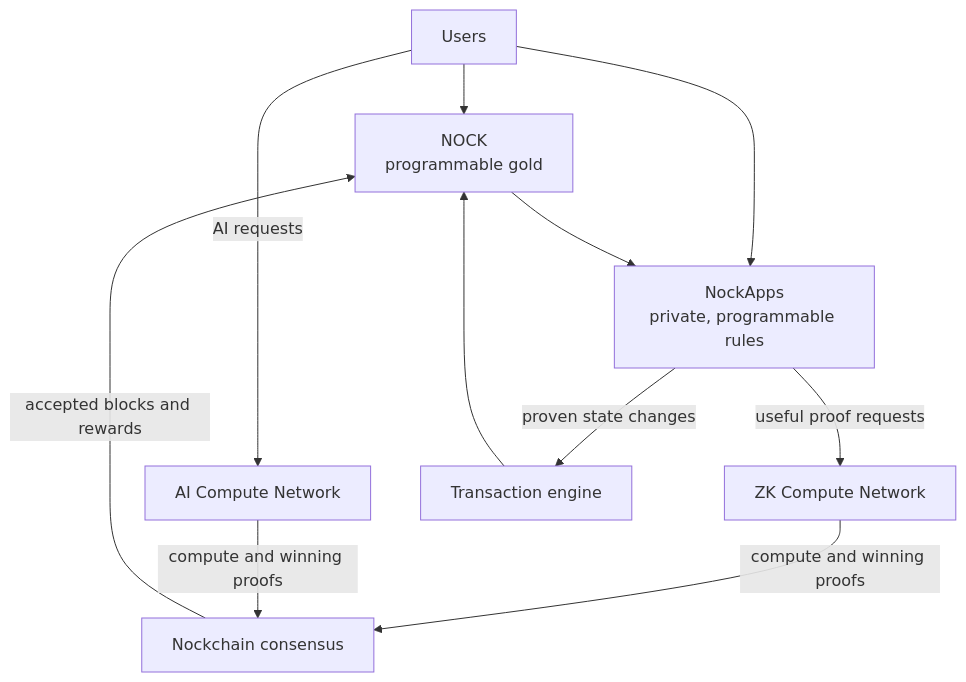
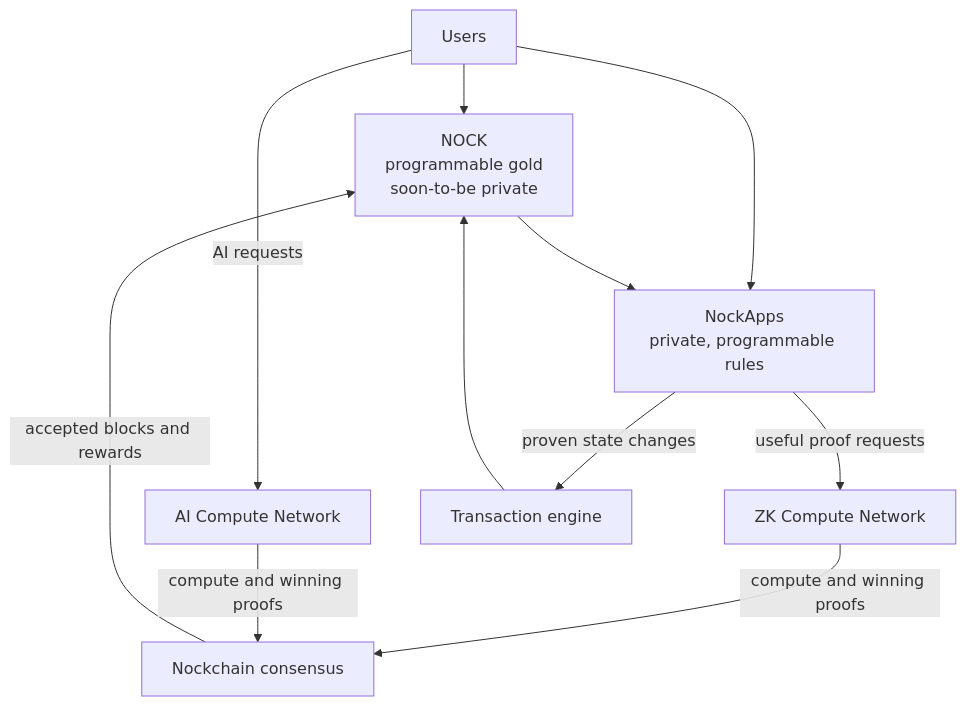
One commit to nockchain/nockchain changed the diagram in nockchain-eli5.md. Above: the diagram before and after it, drawn with Mermaid. The commit also changed other lines of this file, not shown here.

First line of the commit message:
Position NOCK as soon-to-be private

````diff
--- a/nockchain-eli5.md
+++ b/nockchain-eli5.md
@@ -92,15 +92,15 @@
 ```mermaid
 flowchart TB
-  U["Users"] --> M["NOCK<br/>programmable gold"]
+  U["Users"] --> M["NOCK<br/>programmable gold<br/>soon-to-be private"]
   U --> A["NockApps<br/>private, programmable rules"]
   M --> A
 
   A -->|"useful proof requests"| ZK["ZK Compute Network"]
   U -->|"AI requests"| AI["AI Compute Network"]
 
   ZK -->|"compute and winning proofs"| C["Nockchain consensus"]
   AI -->|"compute and winning proofs"| C
   C -->|"accepted blocks and rewards"| M
   A -->|"proven state changes"| T["Transaction engine"]
   T --> M
 ```
````
